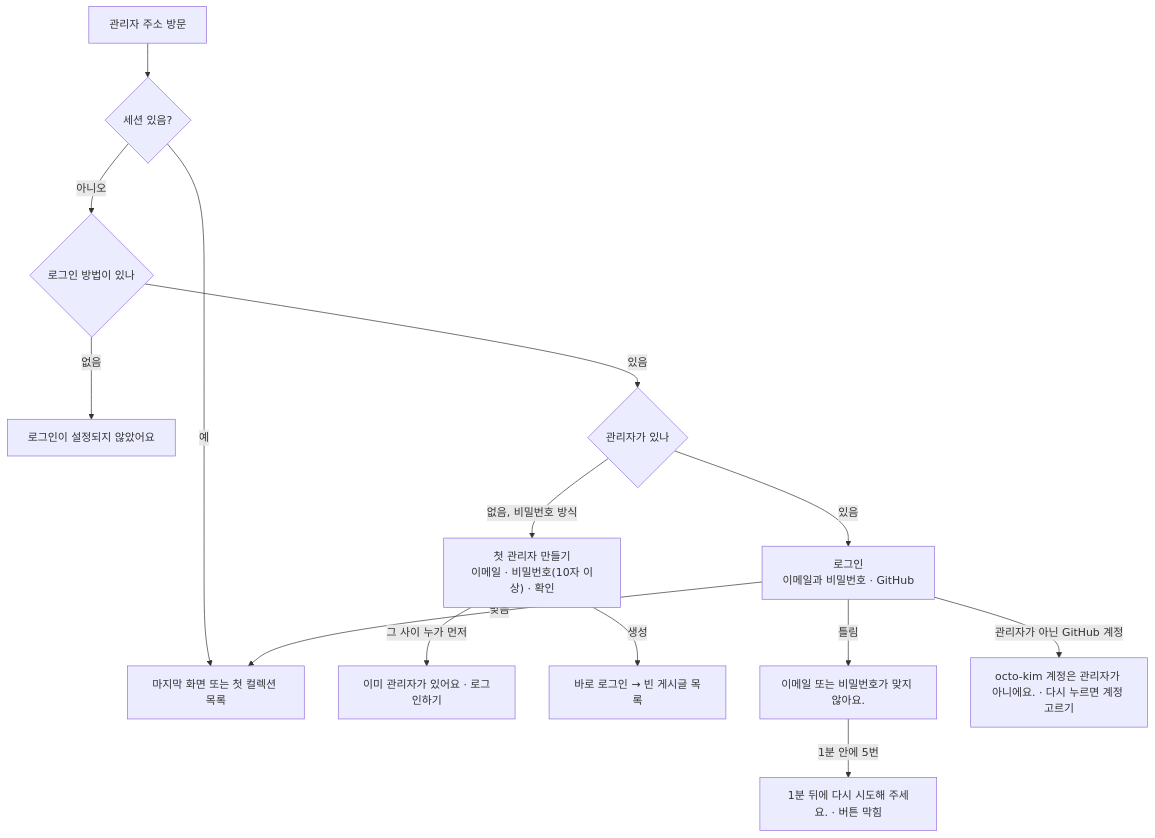
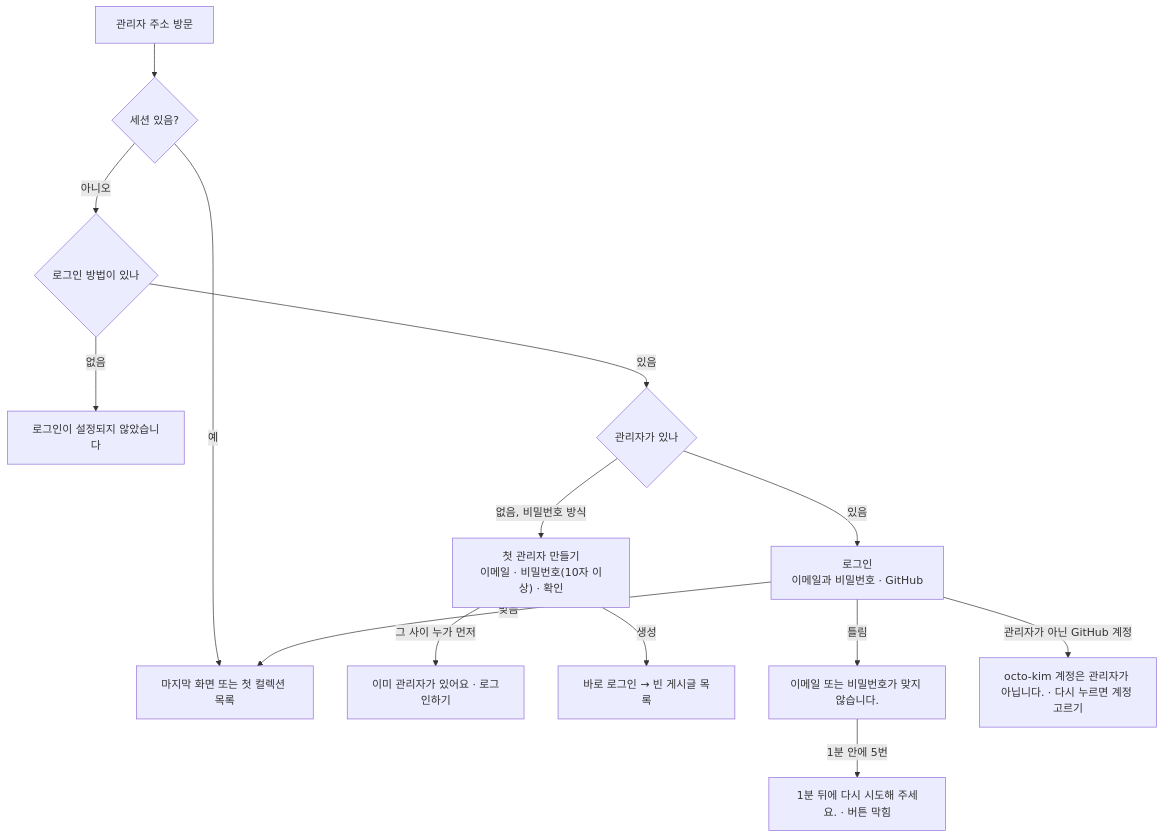
One commit to monti-cms/monti changed the first of 2 diagrams in docs/design/features/15-login-and-frame.md. Above: the diagram before and after it, drawn with Mermaid. The commit also changed other lines of this file and 63 other files, not shown here.

````diff
--- a/docs/design/features/15-login-and-frame.md
+++ b/docs/design/features/15-login-and-frame.md
@@ -24,16 +24,16 @@
 ```mermaid
 flowchart TD
   V["관리자 주소 방문"] --> S{"세션 있음?"}
   S -->|예| IN["마지막 화면 또는 첫 컬렉션 목록"]
   S -->|아니오| M{"로그인 방법이 있나"}
-  M -->|없음| NONE["로그인이 설정되지 않았어요"]
+  M -->|없음| NONE["로그인이 설정되지 않았습니다"]
   M -->|있음| A{"관리자가 있나"}
   A -->|없음, 비밀번호 방식| FIRST["첫 관리자 만들기<br/>이메일 · 비밀번호(10자 이상) · 확인"]
   FIRST -->|그 사이 누가 먼저| CLOSED["이미 관리자가 있어요 · 로그인하기"]
   FIRST -->|생성| EMPTY["바로 로그인 → 빈 게시글 목록"]
   A -->|있음| L["로그인<br/>이메일과 비밀번호 · GitHub"]
-  L -->|틀림| WRONG["이메일 또는 비밀번호가 맞지 않아요."]
+  L -->|틀림| WRONG["이메일 또는 비밀번호가 맞지 않습니다."]
   WRONG -->|1분 안에 5번| LOCK["1분 뒤에 다시 시도해 주세요. · 버튼 막힘"]
-  L -->|관리자가 아닌 GitHub 계정| DENY["octo-kim 계정은 관리자가 아니에요. · 다시 누르면 계정 고르기"]
+  L -->|관리자가 아닌 GitHub 계정| DENY["octo-kim 계정은 관리자가 아닙니다. · 다시 누르면 계정 고르기"]
   L -->|맞음| IN
 ```
````
